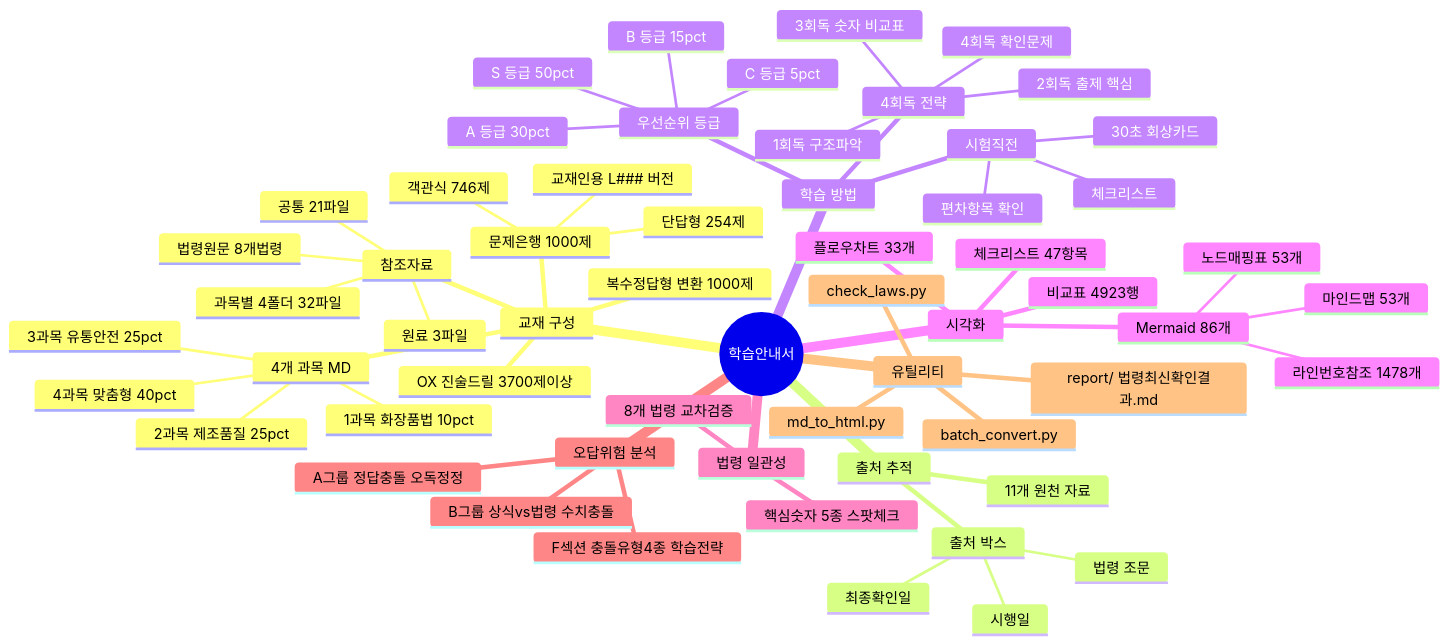
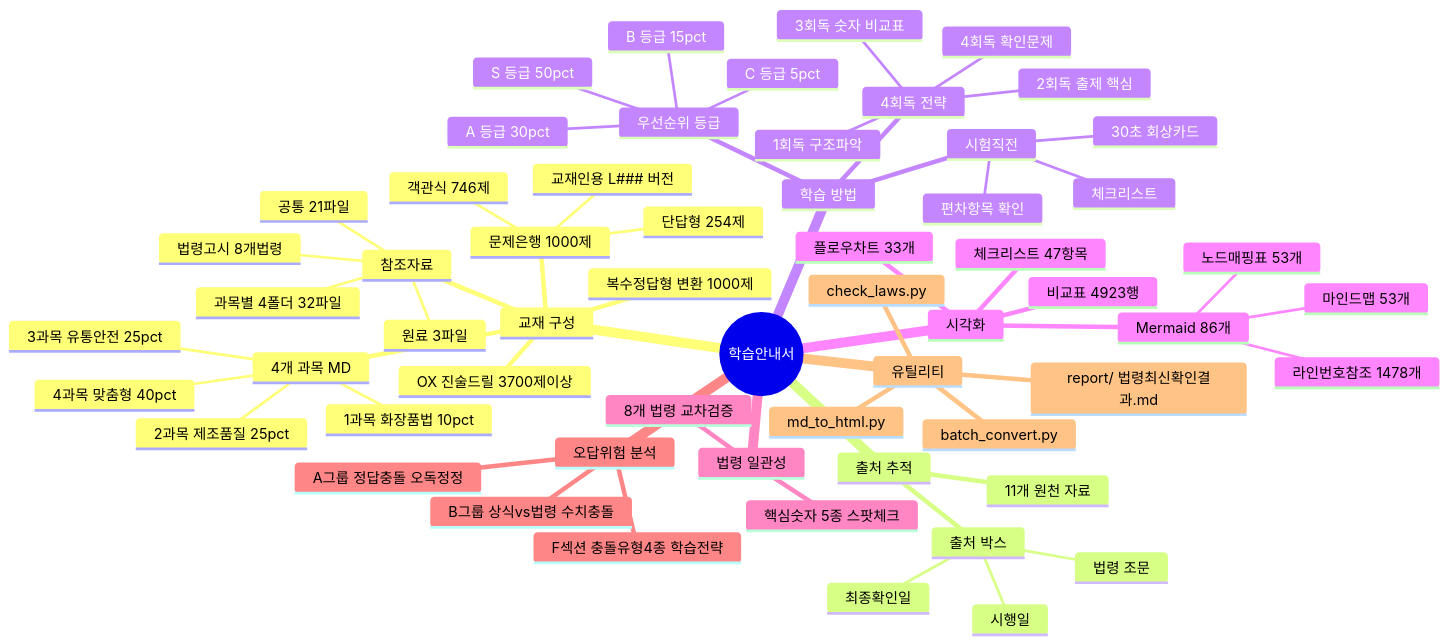
One commit to skygoldlee-cyber/Personalized_Skincare changed the diagram in content/학습안내서.md. Above: the diagram before and after it, drawn with Mermaid. The commit also changed other lines of this file and 34 other files, not shown here.

````diff
--- a/content/학습안내서.md
+++ b/content/학습안내서.md
@@ -33,62 +33,62 @@
 ```mermaid
 mindmap
   root((학습안내서))
     교재 구성
       4개 과목 MD
         1과목 화장품법 10pct
         2과목 제조품질 25pct
         3과목 유통안전 25pct
         4과목 맞춤형 40pct
       문제은행 1000제
         객관식 746제
         단답형 254제
         교재인용 L### 버전
       복수정답형 변환 1000제
       OX 진술드릴 3700제이상
       참조자료
         과목별 4폴더 32파일
         공통 21파일
         원료 3파일
-        법령원문 8개법령
+        법령고시 8개법령
     출처 추적
       출처 박스
         법령 조문
         시행일
         최종확인일
       11개 원천 자료
     학습 방법
       우선순위 등급
         S 등급 50pct
         A 등급 30pct
         B 등급 15pct
         C 등급 5pct
       4회독 전략
         1회독 구조파악
         2회독 출제 핵심
         3회독 숫자 비교표
         4회독 확인문제
       시험직전
         30초 회상카드
         체크리스트
         편차항목 확인
     시각화
       Mermaid 86개
         마인드맵 53개
         노드매핑표 53개
         라인번호참조 1478개
       플로우차트 33개
       비교표 4923행
       체크리스트 47항목
     법령 일관성
       8개 법령 교차검증
       핵심숫자 5종 스팟체크
     오답위험 분석
       A그룹 정답충돌 오독정정
       B그룹 상식vs법령 수치충돌
       F섹션 충돌유형4종 학습전략
     유틸리티
       md_to_html.py
       batch_convert.py
       check_laws.py
       report/ 법령최신확인결과.md
 ```
````
